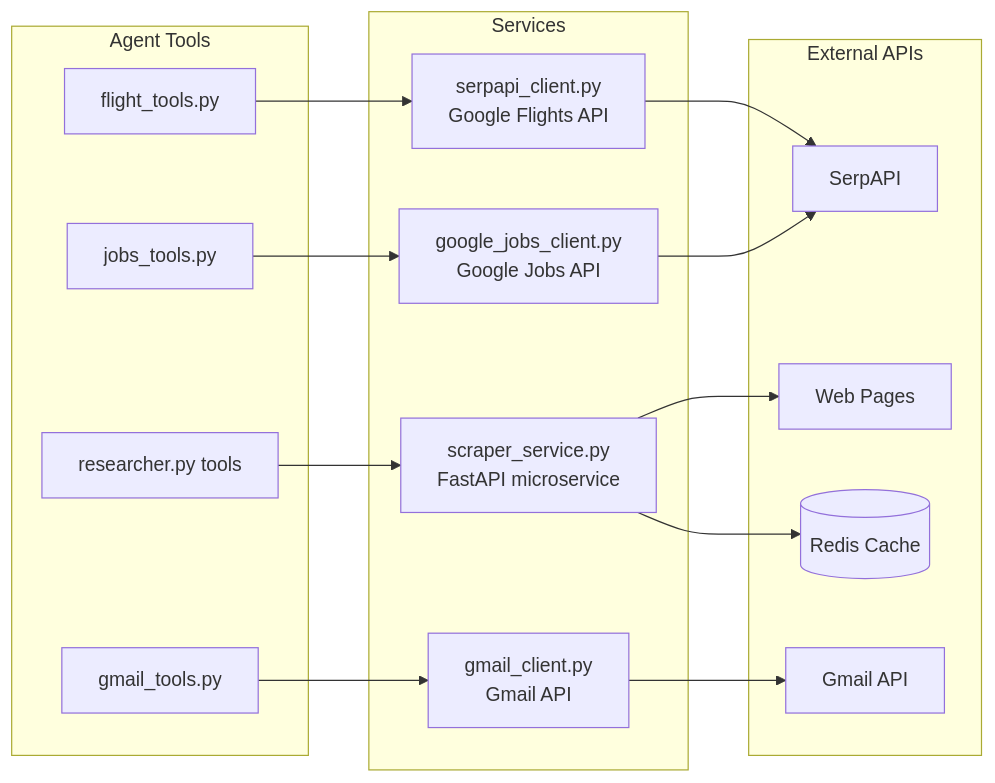
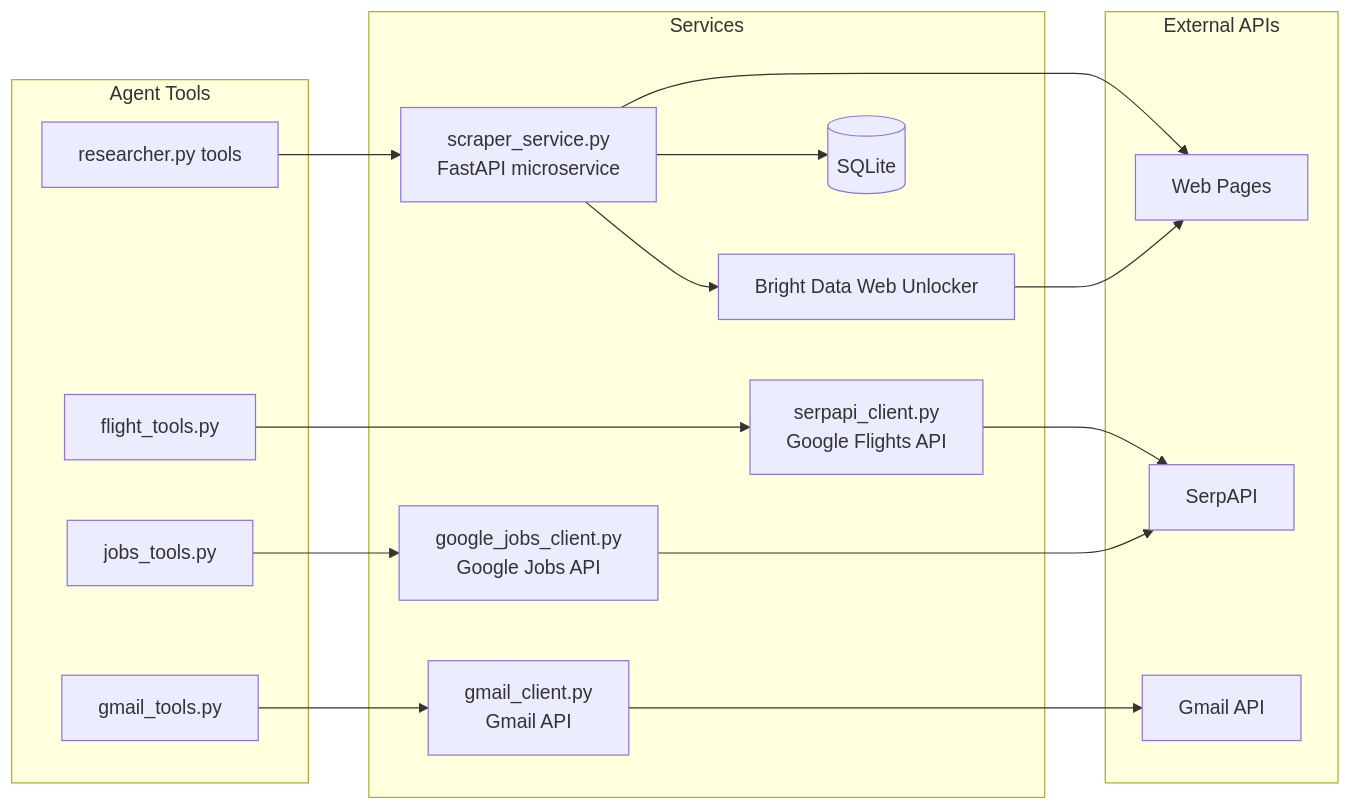
One commit to zeketx/AgentsSDK_OpenAI_Lab changed the third of 3 diagrams in architecture.md. Above: the diagram before and after it, drawn with Mermaid. The commit also changed other lines of this file and 15 other files, not shown here.

````diff
--- a/architecture.md
+++ b/architecture.md
@@ -61,29 +63,31 @@
 ```mermaid
 flowchart LR
     subgraph "Agent Tools"
         ft[flight_tools.py]
         jt[jobs_tools.py]
         rt[researcher.py tools]
         gt[gmail_tools.py]
     end
     
     subgraph "Services"
         sc[scraper_service.py<br/>FastAPI microservice]
+        bd[Bright Data Web Unlocker]
+        db[(SQLite)]
         serp[serpapi_client.py<br/>Google Flights API]
         gj[google_jobs_client.py<br/>Google Jobs API]
         gm[gmail_client.py<br/>Gmail API]
     end
     
     subgraph "External APIs"
         web[Web Pages]
         serpapi[SerpAPI]
-        redis[(Redis Cache)]
         gmailapi[Gmail API]
     end
     
     rt --> sc --> web
-    sc --> redis
+    sc --> bd --> web
+    sc --> db
     ft --> serp --> serpapi
     jt --> gj --> serpapi
     gt --> gm --> gmailapi
 ```
````
